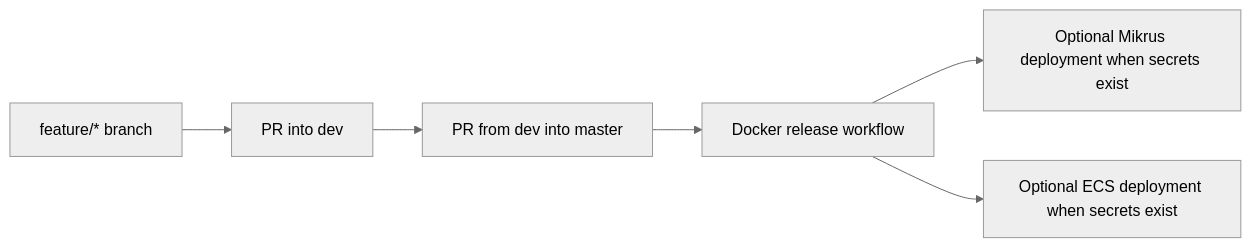
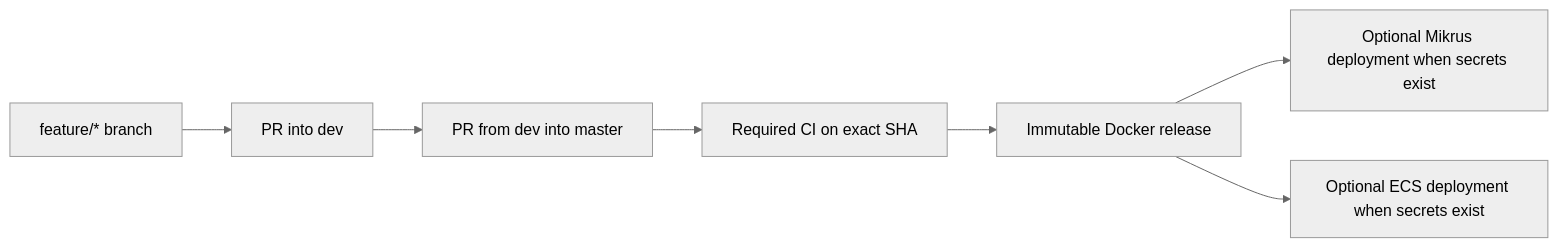
The second of 3 diagrams in INFRASTRUCTURE.md (przemekp95/eisenhower), drawn with Mermaid (neutral theme) before and after one commit. The commit also changed other lines of this file and 89 other files, not shown here.

````diff
--- a/INFRASTRUCTURE.md
+++ b/INFRASTRUCTURE.md
@@ -180,8 +186,9 @@
 ```mermaid
 flowchart LR
     Feature["feature/* branch"] --> Dev["PR into dev"]
     Dev --> Master["PR from dev into master"]
-    Master --> Release["Docker release workflow"]
+    Master --> CI["Required CI on exact SHA"]
+    CI --> Release["Immutable Docker release"]
     Release --> DeployMikrus["Optional Mikrus deployment when secrets exist"]
     Release --> DeployEcs["Optional ECS deployment when secrets exist"]
 ```
````
